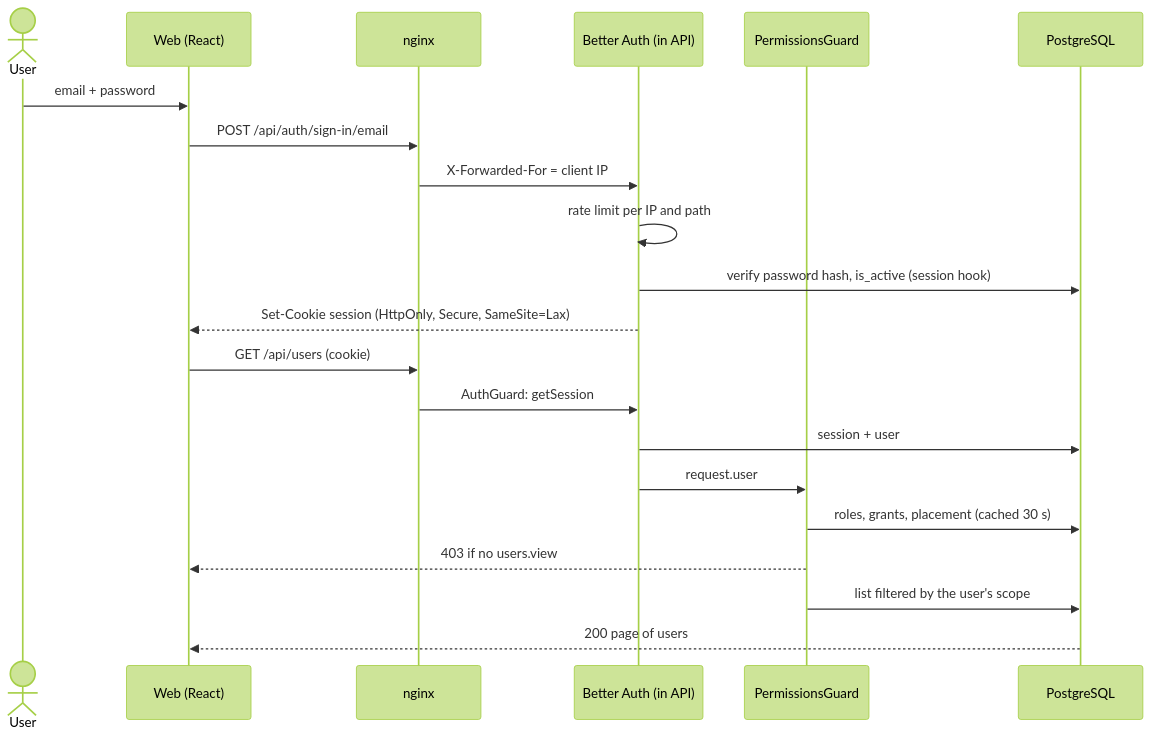
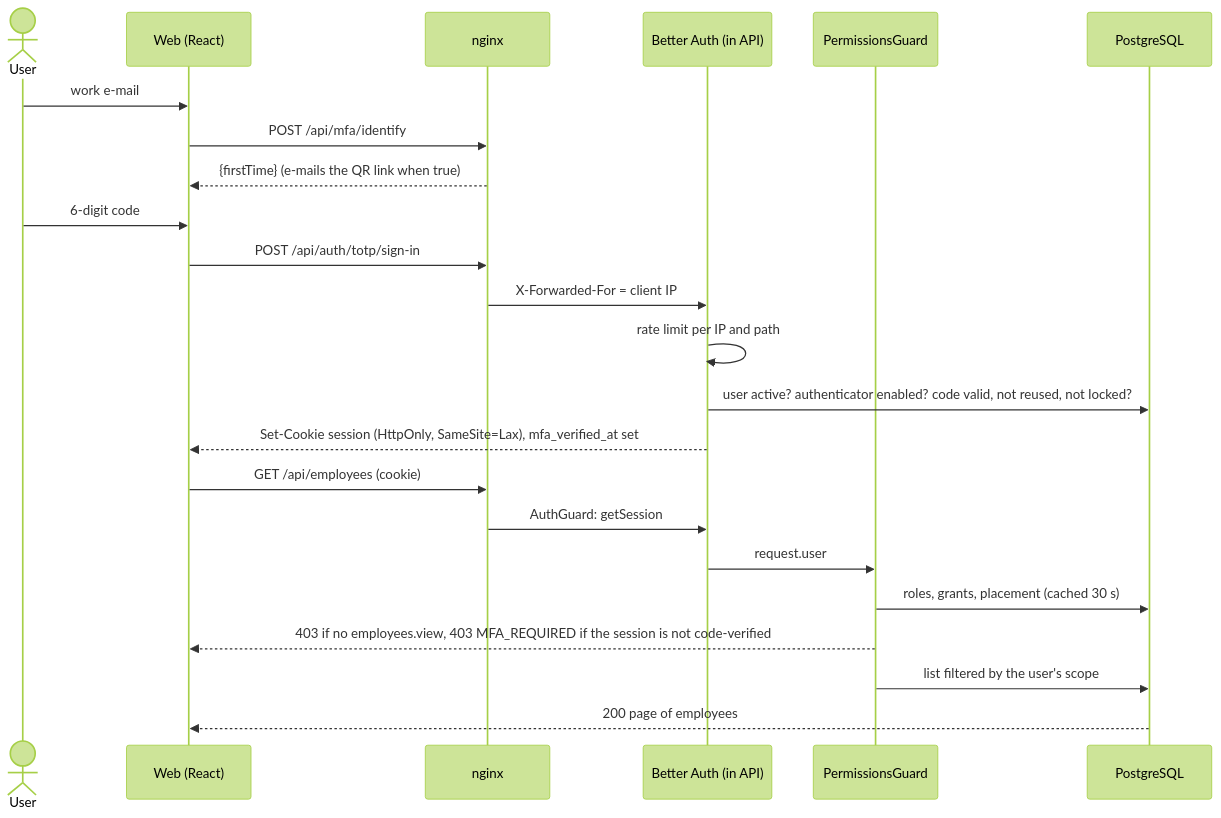
One commit to Arweqah-Company/arweqah_platform changed the seventh of 11 diagrams in README.md. Above: the diagram before and after it, drawn with Mermaid (forest theme). The commit also changed other lines of this file and 420 other files, not shown here.

First line of the commit message:
feat: passwordless auth, organization, employees, lists with export/import, new interface

````diff
--- a/README.md
+++ b/README.md
@@ -249,23 +336,25 @@
 ```mermaid
 sequenceDiagram
   actor U as User
   participant W as Web (React)
   participant N as nginx
   participant BA as Better Auth (in API)
   participant G as PermissionsGuard
   participant DB as PostgreSQL
-  U->>W: email + password
-  W->>N: POST /api/auth/sign-in/email
+  U->>W: work e-mail
+  W->>N: POST /api/mfa/identify
+  N-->>W: {firstTime} (e-mails the QR link when true)
+  U->>W: 6-digit code
+  W->>N: POST /api/auth/totp/sign-in
   N->>BA: X-Forwarded-For = client IP
   BA->>BA: rate limit per IP and path
-  BA->>DB: verify password hash, is_active (session hook)
-  BA-->>W: Set-Cookie session (HttpOnly, Secure, SameSite=Lax)
-  W->>N: GET /api/users (cookie)
+  BA->>DB: user active? authenticator enabled? code valid, not reused, not locked?
+  BA-->>W: Set-Cookie session (HttpOnly, SameSite=Lax), mfa_verified_at set
+  W->>N: GET /api/employees (cookie)
   N->>BA: AuthGuard: getSession
-  BA->>DB: session + user
   BA->>G: request.user
   G->>DB: roles, grants, placement (cached 30 s)
-  G-->>W: 403 if no users.view
+  G-->>W: 403 if no employees.view, 403 MFA_REQUIRED if the session is not code-verified
   G->>DB: list filtered by the user's scope
-  DB-->>W: 200 page of users
+  DB-->>W: 200 page of employees
 ```
````
